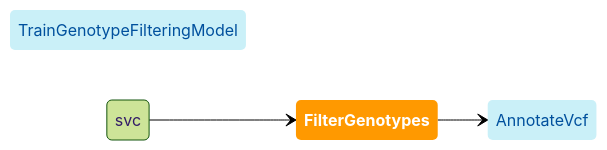
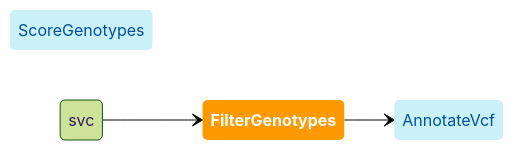
One commit to broadinstitute/gatk-sv changed the diagram in website/docs/modules/filter_genotypes.md. Above: the diagram before and after it, drawn with Mermaid (forest theme). The commit also changed other lines of this file and 12 other files, not shown here.

Commit message:
Updated name of training workflow to ScoreGenotypes

````diff
--- a/website/docs/modules/filter_genotypes.md
+++ b/website/docs/modules/filter_genotypes.md
@@ -17,19 +17,19 @@
 ```mermaid
 
 stateDiagram
   direction LR
   
   classDef inModules stroke-width:0px,fill:#caf0f8,color:#00509d
   classDef thisModule font-weight:bold,stroke-width:0px,fill:#ff9900,color:white
   classDef outModules stroke-width:0px,fill:#caf0f8,color:#00509d
 
-  tgfm: TrainGenotypeFilteringModel
+  sg: ScoreGenotypes
   fg: FilterGenotypes
   avcf: AnnotateVcf
   svc --> fg
   fg --> avcf
   
   class fg thisModule
-  class tgfm inModules
+  class sg inModules
   class avcf outModules
 ```
````
